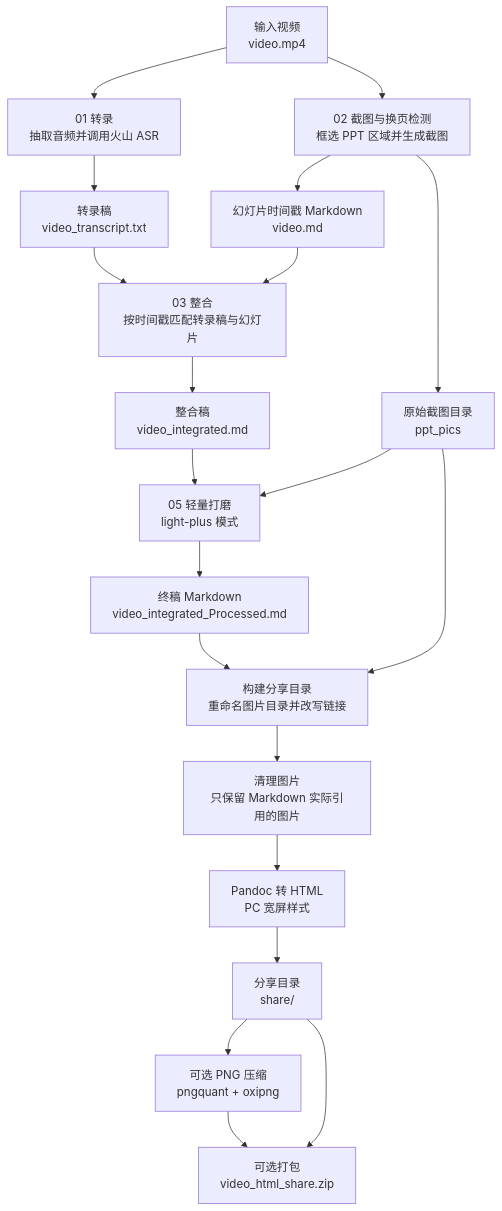
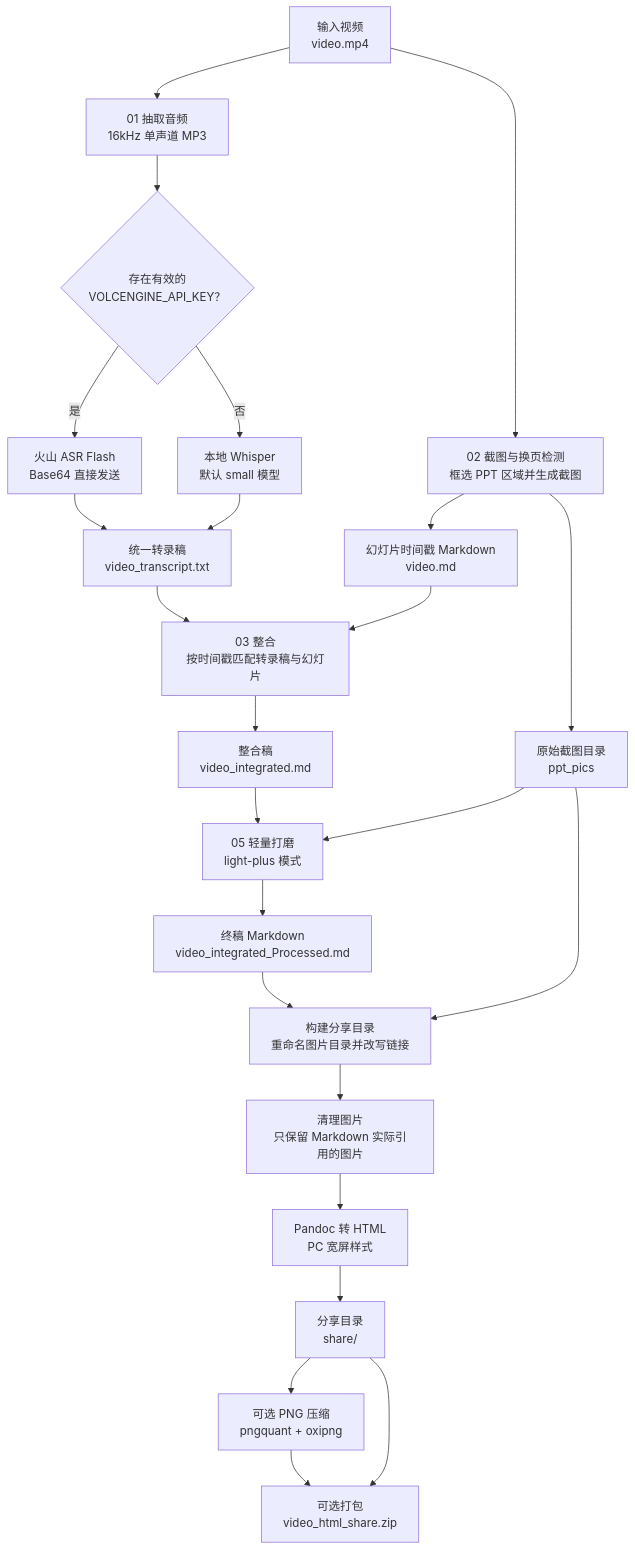
The diagram in README.md (chenzixin1/session-notes-maker), drawn with Mermaid before and after one commit. The commit also changed other lines of this file and 6 other files, not shown here.

````diff
--- a/README.md
+++ b/README.md
@@ -21,27 +21,31 @@
 ```mermaid
 flowchart TD
-    inputVideo["输入视频<br/>video.mp4"] --> transcribe["01 转录<br/>抽取音频并调用火山 ASR"]
-    transcribe --> transcript["转录稿<br/>video_transcript.txt"]
+    inputVideo["输入视频<br/>video.mp4"] --> extractAudio["01 抽取音频<br/>16kHz 单声道 MP3"]
+    extractAudio --> provider{"存在有效的<br/>VOLCENGINE_API_KEY？"}
+    provider -->|是| volcengine["火山 ASR Flash<br/>Base64 直接发送"]
+    provider -->|否| whisper["本地 Whisper<br/>默认 small 模型"]
+    volcengine --> transcript["统一转录稿<br/>video_transcript.txt"]
+    whisper --> transcript
 
     inputVideo --> slideDetect["02 截图与换页检测<br/>框选 PPT 区域并生成截图"]
     slideDetect --> slideMd["幻灯片时间戳 Markdown<br/>video.md"]
     slideDetect --> slideImages["原始截图目录<br/>ppt_pics"]
 
     transcript --> integrate["03 整合<br/>按时间戳匹配转录稿与幻灯片"]
     slideMd --> integrate
     integrate --> integratedMd["整合稿<br/>video_integrated.md"]
 
     integratedMd --> polish["05 轻量打磨<br/>light-plus 模式"]
     slideImages --> polish
     polish --> processedMd["终稿 Markdown<br/>video_integrated_Processed.md"]
 
     processedMd --> shareBuild["构建分享目录<br/>重命名图片目录并改写链接"]
     slideImages --> shareBuild
     shareBuild --> cleanup["清理图片<br/>只保留 Markdown 实际引用的图片"]
     cleanup --> htmlBuild["Pandoc 转 HTML<br/>PC 宽屏样式"]
     htmlBuild --> shareFolder["分享目录<br/>share/"]
 
     shareFolder --> optionalCompress["可选 PNG 压缩<br/>pngquant + oxipng"]
     optionalCompress --> zipPackage["可选打包<br/>video_html_share.zip"]
     shareFolder --> zipPackage
 ```
````
